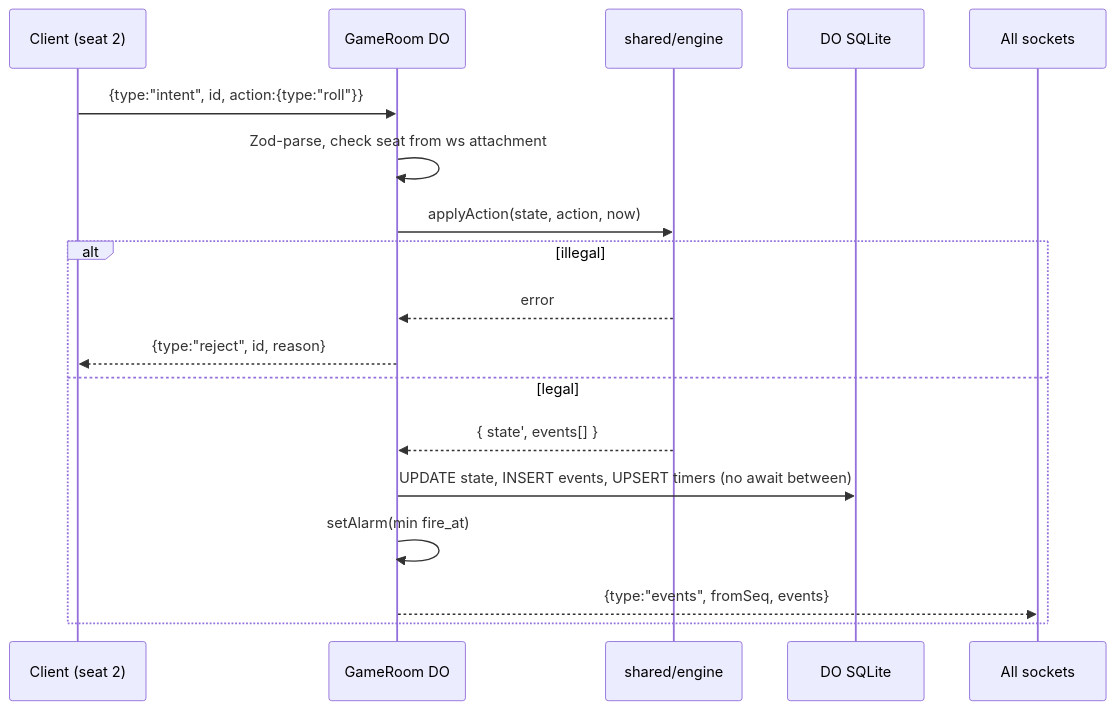
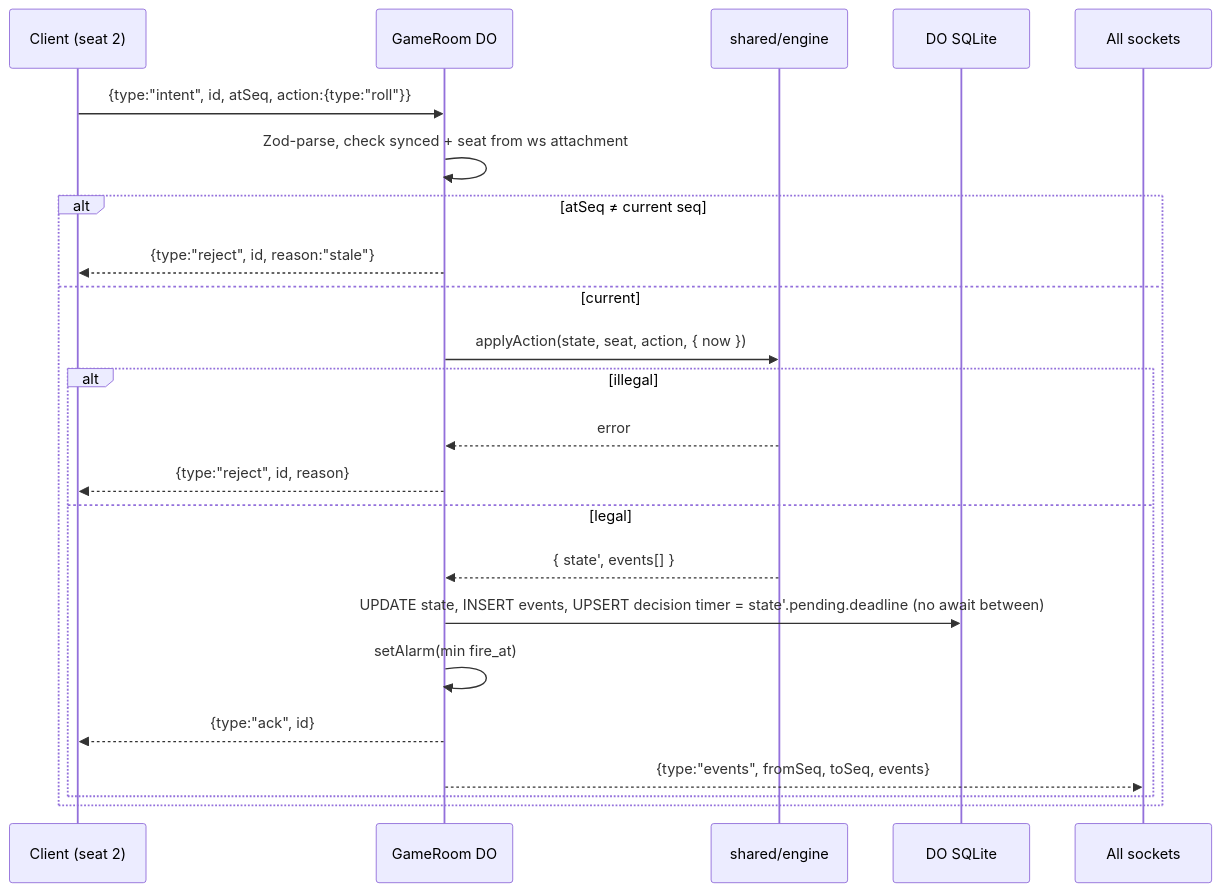
Before and after one commit to Rusutsu-Studios/Polytour: the third of 3 diagrams in docs/ARCHITECTURE.md, drawn with Mermaid. The commit also changed other lines of this file and 6 other files, not shown here.

````diff
--- a/docs/ARCHITECTURE.md
+++ b/docs/ARCHITECTURE.md
@@ -128,21 +139,26 @@
 ```mermaid
 sequenceDiagram
   participant C as Client (seat 2)
   participant DO as GameRoom DO
   participant E as shared/engine
   participant S as DO SQLite
   participant All as All sockets
 
-  C->>DO: {type:"intent", id, action:{type:"roll"}}
-  DO->>DO: Zod-parse, check seat from ws attachment
-  DO->>E: applyAction(state, action, now)
-  alt illegal
-    E-->>DO: error
-    DO-->>C: {type:"reject", id, reason}
-  else legal
-    E-->>DO: { state', events[] }
-    DO->>S: UPDATE state, INSERT events, UPSERT timers (no await between)
-    DO->>DO: setAlarm(min fire_at)
-    DO-->>All: {type:"events", fromSeq, events}
+  C->>DO: {type:"intent", id, atSeq, action:{type:"roll"}}
+  DO->>DO: Zod-parse, check synced + seat from ws attachment
+  alt atSeq ≠ current seq
+    DO-->>C: {type:"reject", id, reason:"stale"}
+  else current
+    DO->>E: applyAction(state, seat, action, { now })
+    alt illegal
+      E-->>DO: error
+      DO-->>C: {type:"reject", id, reason}
+    else legal
+      E-->>DO: { state', events[] }
+      DO->>S: UPDATE state, INSERT events, UPSERT decision timer = state'.pending.deadline (no await between)
+      DO->>DO: setAlarm(min fire_at)
+      DO-->>C: {type:"ack", id}
+      DO-->>All: {type:"events", fromSeq, toSeq, events}
+    end
   end
 ```
````
